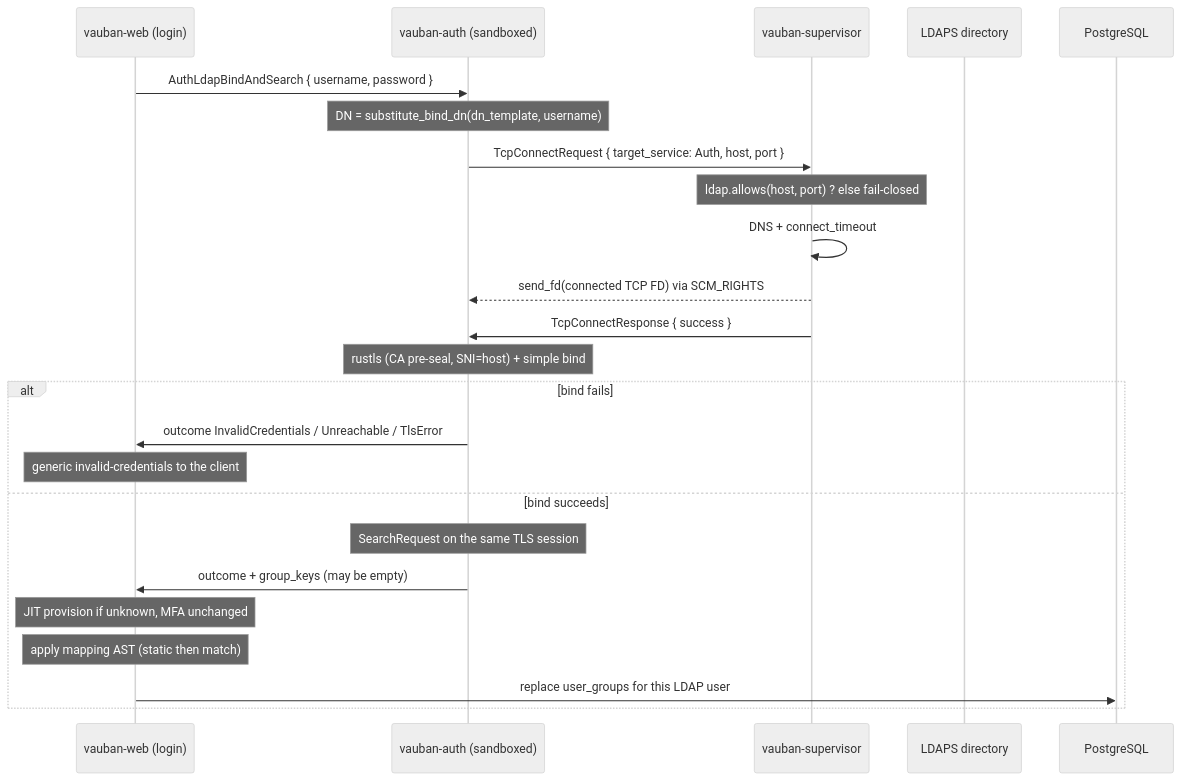
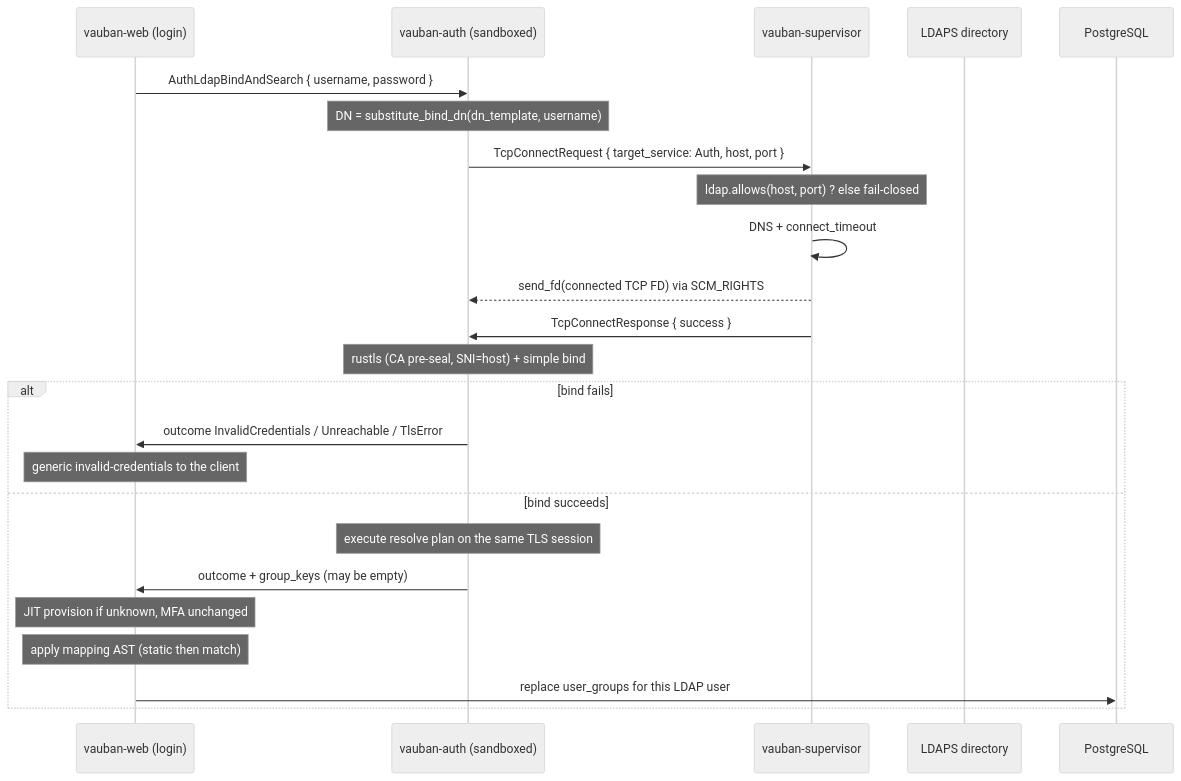
Before and after one commit to rbenaley/Vauban: the diagram in docs/technical/Vauban_LDAPS_Auth_Architecture_EN(1.1).md, drawn with Mermaid (neutral theme). The commit also changed other lines of this file and 8 other files, not shown here.

First line of the commit message:
docs(ldaps): amend 1.1 aggregation with resolve DSL and fail-closed search

````diff
--- a/docs/technical/Vauban_LDAPS_Auth_Architecture_EN(1.1).md
+++ b/docs/technical/Vauban_LDAPS_Auth_Architecture_EN(1.1).md
@@ -132,27 +153,27 @@
 ```mermaid
 sequenceDiagram
     participant Web as vauban-web (login)
     participant Auth as vauban-auth (sandboxed)
     participant Sup as vauban-supervisor
     participant DS as LDAPS directory
     participant DB as PostgreSQL
 
     Web->>Auth: AuthLdapBindAndSearch { username, password }
     Note over Auth: DN = substitute_bind_dn(dn_template, username)
     Auth->>Sup: TcpConnectRequest { target_service: Auth, host, port }
     Note over Sup: ldap.allows(host, port) ? else fail-closed
     Sup->>Sup: DNS + connect_timeout
     Sup-->>Auth: send_fd(connected TCP FD) via SCM_RIGHTS
     Sup->>Auth: TcpConnectResponse { success }
     Note over Auth: rustls (CA pre-seal, SNI=host) + simple bind
     alt bind fails
         Auth->>Web: outcome InvalidCredentials / Unreachable / TlsError
         Note over Web: generic invalid-credentials to the client
     else bind succeeds
-        Note over Auth: SearchRequest on the same TLS session
+        Note over Auth: execute resolve plan on the same TLS session
         Auth->>Web: outcome + group_keys (may be empty)
         Note over Web: JIT provision if unknown, MFA unchanged
         Note over Web: apply mapping AST (static then match)
         Web->>DB: replace user_groups for this LDAP user
     end
 ```
````
